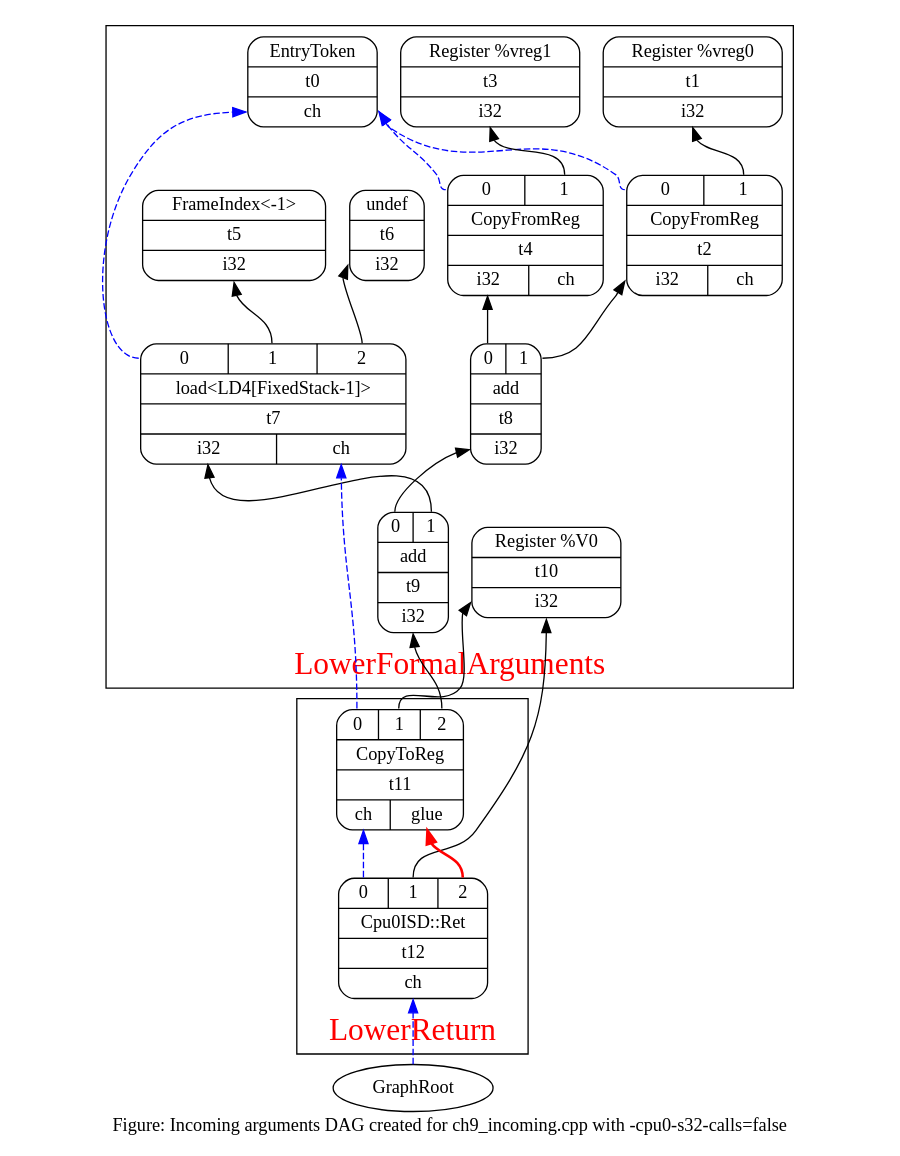
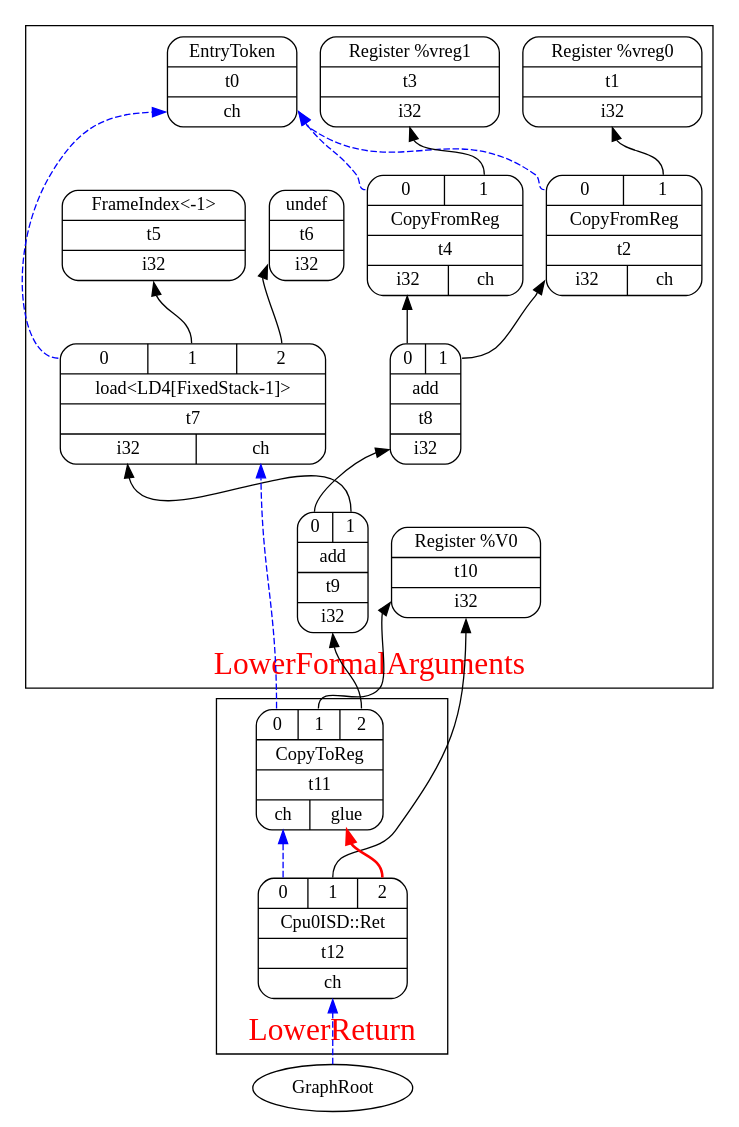
One commit to Jonathan2251/lbd changed the diagram in Fig/funccall/incoming-arg-O32.gv. Above: the diagram before and after it, drawn with Graphviz. The commit also changed 26 other files, not shown here.

```diff
--- a/Fig/funccall/incoming-arg-O32.gv
+++ b/Fig/funccall/incoming-arg-O32.gv
@@ -1,47 +1,47 @@
 digraph "dag-combine1 input for _Z5sum_iiii:" {
 	rankdir="BT";
-	label="Figure: Incoming arguments DAG created for ch9_incoming.cpp with -cpu0-s32-calls=false";
+//	label="Figure: Incoming arguments DAG created for ch9_incoming.cpp with -cpu0-s32-calls=false";
 
   subgraph cluster_0 {
     fontcolor=red;
     fontsize=24;
     label = "LowerFormalArguments";
 	Node0x102f0e0f0 [shape=record,shape=Mrecord,label="{EntryToken|t0|{<d0>ch}}"];
 	Node0x10305c200 [shape=record,shape=Mrecord,label="{Register %vreg0|t1|{<d0>i32}}"];
 	Node0x10305c270 [shape=record,shape=Mrecord,label="{{<s0>0|<s1>1}|CopyFromReg|t2|{<d0>i32|<d1>ch}}"];
 	Node0x10305c270:s0 -> Node0x102f0e0f0:d0[color=blue,style=dashed];
 	Node0x10305c270:s1 -> Node0x10305c200:d0;
 	Node0x10305c2e0 [shape=record,shape=Mrecord,label="{Register %vreg1|t3|{<d0>i32}}"];
 	Node0x10305c350 [shape=record,shape=Mrecord,label="{{<s0>0|<s1>1}|CopyFromReg|t4|{<d0>i32|<d1>ch}}"];
 	Node0x10305c350:s0 -> Node0x102f0e0f0:d0[color=blue,style=dashed];
 	Node0x10305c350:s1 -> Node0x10305c2e0:d0;
 	Node0x10305c3c0 [shape=record,shape=Mrecord,label="{FrameIndex\<-1\>|t5|{<d0>i32}}"];
 	Node0x10305c430 [shape=record,shape=Mrecord,label="{undef|t6|{<d0>i32}}"];
 	Node0x10305c4a0 [shape=record,shape=Mrecord,label="{{<s0>0|<s1>1|<s2>2}|load\<LD4[FixedStack-1]\>|t7|{<d0>i32|<d1>ch}}"];
 	Node0x10305c4a0:s0 -> Node0x102f0e0f0:d0[color=blue,style=dashed];
 	Node0x10305c4a0:s1 -> Node0x10305c3c0:d0;
 	Node0x10305c4a0:s2 -> Node0x10305c430:d0;
 	Node0x10305c510 [shape=record,shape=Mrecord,label="{{<s0>0|<s1>1}|add|t8|{<d0>i32}}"];
 	Node0x10305c510:s0 -> Node0x10305c350:d0;
 	Node0x10305c510:s1 -> Node0x10305c270:d0;
 	Node0x10305c580 [shape=record,shape=Mrecord,label="{{<s0>0|<s1>1}|add|t9|{<d0>i32}}"];
 	Node0x10305c580:s0 -> Node0x10305c510:d0;
 	Node0x10305c580:s1 -> Node0x10305c4a0:d0;
 	Node0x10305c5f0 [shape=record,shape=Mrecord,label="{Register %V0|t10|{<d0>i32}}"];
   }
   subgraph cluster_1 {
     fontcolor=red;
     fontsize=24;
     label = "LowerReturn";
 	Node0x10305c660 [shape=record,shape=Mrecord,label="{{<s0>0|<s1>1|<s2>2}|CopyToReg|t11|{<d0>ch|<d1>glue}}"];
 	Node0x10305c660:s0 -> Node0x10305c4a0:d1[color=blue,style=dashed];
 	Node0x10305c660:s1 -> Node0x10305c5f0:d0;
 	Node0x10305c660:s2 -> Node0x10305c580:d0;
 	Node0x10305c6d0 [shape=record,shape=Mrecord,label="{{<s0>0|<s1>1|<s2>2}|Cpu0ISD::Ret|t12|{<d0>ch}}"];
 	Node0x10305c6d0:s0 -> Node0x10305c660:d0[color=blue,style=dashed];
 	Node0x10305c6d0:s1 -> Node0x10305c5f0:d0;
 	Node0x10305c6d0:s2 -> Node0x10305c660:d1[color=red,style=bold];
   }
 	Node0x0[ plaintext=circle, label ="GraphRoot"];
 	Node0x0 -> Node0x10305c6d0:d0[color=blue,style=dashed];
 }
```
